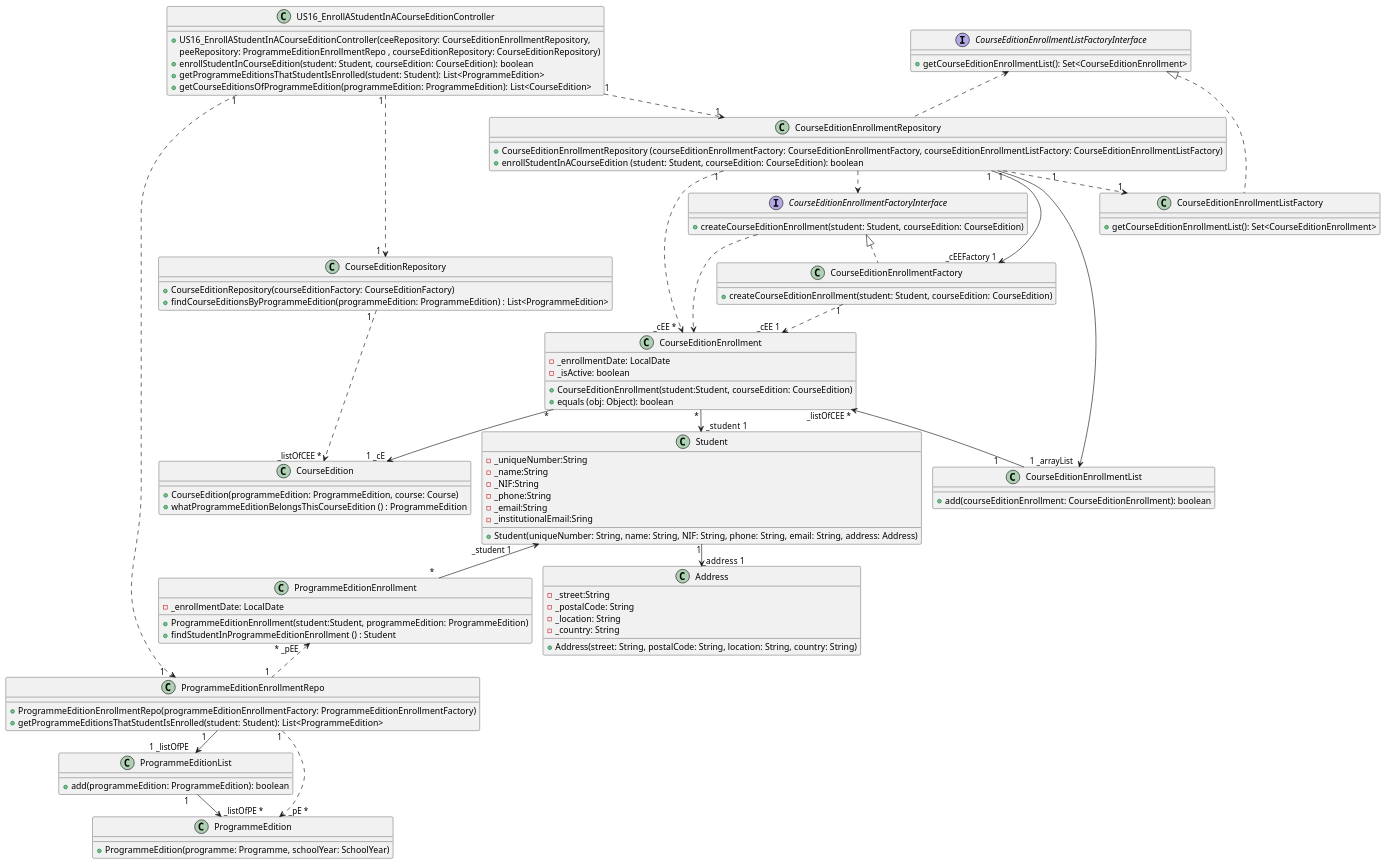
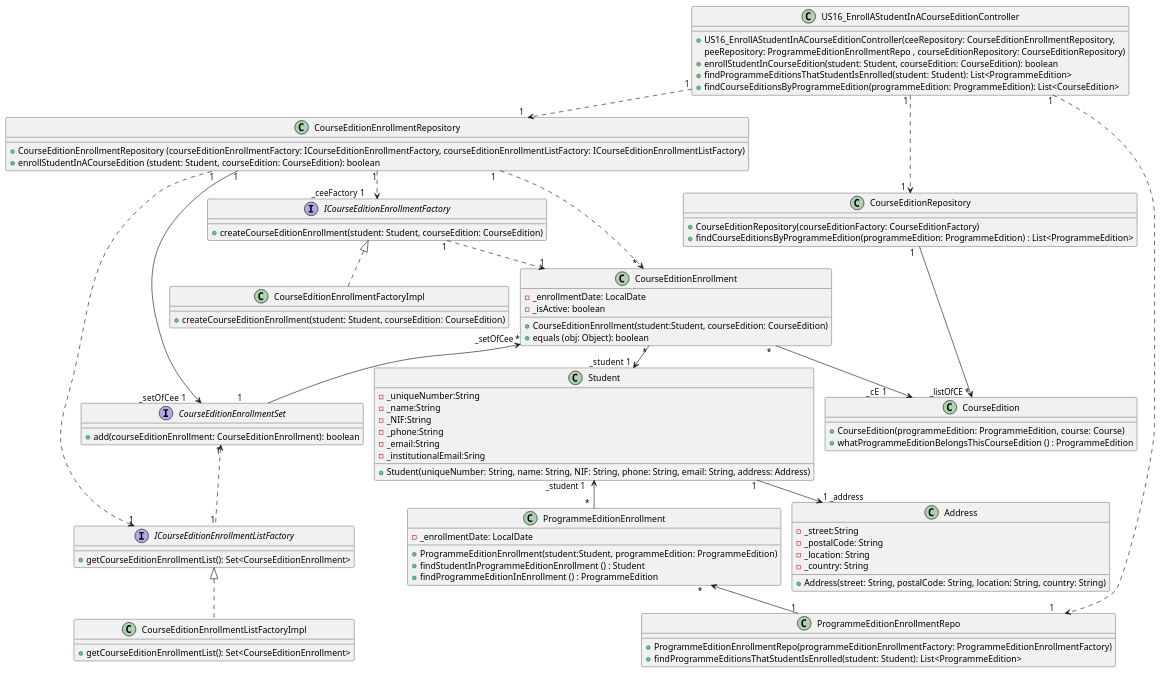
One commit to GasparISEP/DevOps-PAI changed the diagram in docs/US16/US16_EnrollAStudentInACourseEdition_ClassDiagram.puml. Above: the diagram before and after it, drawn with PlantUML.

Commit message:
Refactor US16_ClassDiagram, renaming the Interface and Factory classes

```diff
--- a/docs/US16/US16_EnrollAStudentInACourseEdition_ClassDiagram.puml
+++ b/docs/US16/US16_EnrollAStudentInACourseEdition_ClassDiagram.puml
@@ -1,115 +1,103 @@
 @startuml
 !pragma layout smetana
 
 class US16_EnrollAStudentInACourseEditionController {
     +US16_EnrollAStudentInACourseEditionController(ceeRepository: CourseEditionEnrollmentRepository,
     peeRepository: ProgrammeEditionEnrollmentRepo , courseEditionRepository: CourseEditionRepository)
     +enrollStudentInCourseEdition(student: Student, courseEdition: CourseEdition): boolean
-    +getProgrammeEditionsThatStudentIsEnrolled(student: Student): List<ProgrammeEdition>
-    +getCourseEditionsOfProgrammeEdition(programmeEdition: ProgrammeEdition): List<CourseEdition>
+    +findProgrammeEditionsThatStudentIsEnrolled(student: Student): List<ProgrammeEdition>
+    +findCourseEditionsByProgrammeEdition(programmeEdition: ProgrammeEdition): List<CourseEdition>
 }
 
-class CourseEditionEnrollmentFactory{
+class CourseEditionEnrollmentFactoryImpl{
     +createCourseEditionEnrollment(student: Student, courseEdition: CourseEdition)
 }
 
 class CourseEditionEnrollment {
     -_enrollmentDate: LocalDate
     - _isActive: boolean
     +CourseEditionEnrollment(student:Student, courseEdition: CourseEdition)
     +equals (obj: Object): boolean
 }
 
-class ProgrammeEditionList{
-    +add(programmeEdition: ProgrammeEdition): boolean
-}
-
-interface CourseEditionEnrollmentListFactoryInterface{
+interface ICourseEditionEnrollmentListFactory{
     +getCourseEditionEnrollmentList(): Set<CourseEditionEnrollment>
 }
 
-class CourseEditionEnrollmentListFactory {
+class CourseEditionEnrollmentListFactoryImpl {
     +getCourseEditionEnrollmentList(): Set<CourseEditionEnrollment>
 }
 
-interface CourseEditionEnrollmentFactoryInterface{
+interface ICourseEditionEnrollmentFactory{
     +createCourseEditionEnrollment(student: Student, courseEdition: CourseEdition)
 }
 
 class CourseEditionEnrollmentRepository {
-    +CourseEditionEnrollmentRepository (courseEditionEnrollmentFactory: CourseEditionEnrollmentFactory, courseEditionEnrollmentListFactory: CourseEditionEnrollmentListFactory)
+    +CourseEditionEnrollmentRepository (courseEditionEnrollmentFactory: ICourseEditionEnrollmentFactory, courseEditionEnrollmentListFactory: ICourseEditionEnrollmentListFactory)
     +enrollStudentInACourseEdition (student: Student, courseEdition: CourseEdition): boolean
 }
 
 class ProgrammeEditionEnrollment {
     -_enrollmentDate: LocalDate
     +ProgrammeEditionEnrollment(student:Student, programmeEdition: ProgrammeEdition)
     +findStudentInProgrammeEditionEnrollment () : Student
+    +findProgrammeEditionInEnrollment () : ProgrammeEdition
 }
 
-class CourseEditionEnrollmentList {
+interface CourseEditionEnrollmentSet {
     +add(courseEditionEnrollment: CourseEditionEnrollment): boolean
 }
 
 class ProgrammeEditionEnrollmentRepo {
     +ProgrammeEditionEnrollmentRepo(programmeEditionEnrollmentFactory: ProgrammeEditionEnrollmentFactory)
-    +getProgrammeEditionsThatStudentIsEnrolled(student: Student): List<ProgrammeEdition>
+    +findProgrammeEditionsThatStudentIsEnrolled(student: Student): List<ProgrammeEdition>
 }
 
 class Student {
     -_uniqueNumber:String
     -_name:String
     -_NIF:String
     -_phone:String
     -_email:String
     -_institutionalEmail:Sring
     +Student(uniqueNumber: String, name: String, NIF: String, phone: String, email: String, address: Address)
 }
 
 class Address {
      -_street:String
      -_postalCode: String
      -_location: String
      -_country: String
      +Address(street: String, postalCode: String, location: String, country: String)
 }
 
 class CourseEdition {
     +CourseEdition(programmeEdition: ProgrammeEdition, course: Course)
     +whatProgrammeEditionBelongsThisCourseEdition () : ProgrammeEdition
 }
 
-class ProgrammeEdition {
-    +ProgrammeEdition(programme: Programme, schoolYear: SchoolYear)
-}
-
 class CourseEditionRepository {
     +CourseEditionRepository(courseEditionFactory: CourseEditionFactory)
     +findCourseEditionsByProgrammeEdition(programmeEdition: ProgrammeEdition) : List<ProgrammeEdition>
 }
 
-CourseEdition "_listOfCEE * " <.u. "1  " CourseEditionRepository
+CourseEdition "_listOfCE * " <-u- "1  " CourseEditionRepository
 Student "  _student  1 " <-u- " * " CourseEditionEnrollment
-CourseEditionEnrollment "    *  " --> "    1 _cE " CourseEdition
-CourseEditionEnrollmentFactory "1 " ..> "_cEE 1 "CourseEditionEnrollment
-CourseEditionEnrollmentFactory "           _cEEFactory 1 " <-u- " 1" CourseEditionEnrollmentRepository
-ProgrammeEditionEnrollment "      *  " -u-> "_student 1             " Student
-ProgrammeEditionEnrollment " * _pEE     " <.. "1 " ProgrammeEditionEnrollmentRepo
+CourseEditionEnrollment "    *  " --> "    _cE  1            " CourseEdition
+ProgrammeEditionEnrollment "      *  " -u-> "_student 1    " Student
+ProgrammeEditionEnrollment " *    " <-- "1 " ProgrammeEditionEnrollmentRepo
 US16_EnrollAStudentInACourseEditionController "1 "..> "1  " CourseEditionRepository
 US16_EnrollAStudentInACourseEditionController "1"..> "1     " ProgrammeEditionEnrollmentRepo
 US16_EnrollAStudentInACourseEditionController "1 "..> "  1  " CourseEditionEnrollmentRepository
-Address "_address  1 " <-u- "  1" Student
-CourseEditionEnrollmentListFactory "1  " <.u. "                       1" CourseEditionEnrollmentRepository
-CourseEditionEnrollmentList "   1            " -u->  "_listOfCEE *" CourseEditionEnrollment
-CourseEditionEnrollmentRepository " 1" -u-> "1 _arrayList   " CourseEditionEnrollmentList
-CourseEditionEnrollmentRepository"   1  " ..> "    _cEE *   "CourseEditionEnrollment
-CourseEditionEnrollmentFactoryInterface <|.. CourseEditionEnrollmentFactory
-CourseEditionEnrollmentListFactoryInterface <|.. CourseEditionEnrollmentListFactory
-ProgrammeEditionEnrollmentRepo"1     " --> "1 _listOfPE   "ProgrammeEditionList
-ProgrammeEdition" _listOfPE *" <-u- "  1    "ProgrammeEditionList
-ProgrammeEditionEnrollmentRepo "1"..> "    _pE *    "ProgrammeEdition
-CourseEditionEnrollmentRepository .u.> CourseEditionEnrollmentListFactoryInterface
-CourseEditionEnrollmentRepository ..> CourseEditionEnrollmentFactoryInterface
-CourseEditionEnrollmentFactoryInterface ..> CourseEditionEnrollment
+Address "1 _address            " <-u- "  1" Student
+CourseEditionEnrollmentSet "   1            " -u->  "_setOfCee *" CourseEditionEnrollment
+CourseEditionEnrollmentRepository " 1" -u-> "_setOfCee  1       " CourseEditionEnrollmentSet
+CourseEditionEnrollmentRepository"   1  " ..> " *   "CourseEditionEnrollment
+ICourseEditionEnrollmentFactory <|.. CourseEditionEnrollmentFactoryImpl
+ICourseEditionEnrollmentListFactory <|.. CourseEditionEnrollmentListFactoryImpl
+CourseEditionEnrollmentRepository "1" .u.> "1" ICourseEditionEnrollmentListFactory
+CourseEditionEnrollmentRepository "1" ..> "_ceeFactory  1      " ICourseEditionEnrollmentFactory
+ICourseEditionEnrollmentFactory "1" ..> "1" CourseEditionEnrollment
+ICourseEditionEnrollmentListFactory "1" .u.> "1" CourseEditionEnrollmentSet
 
 @enduml
```
